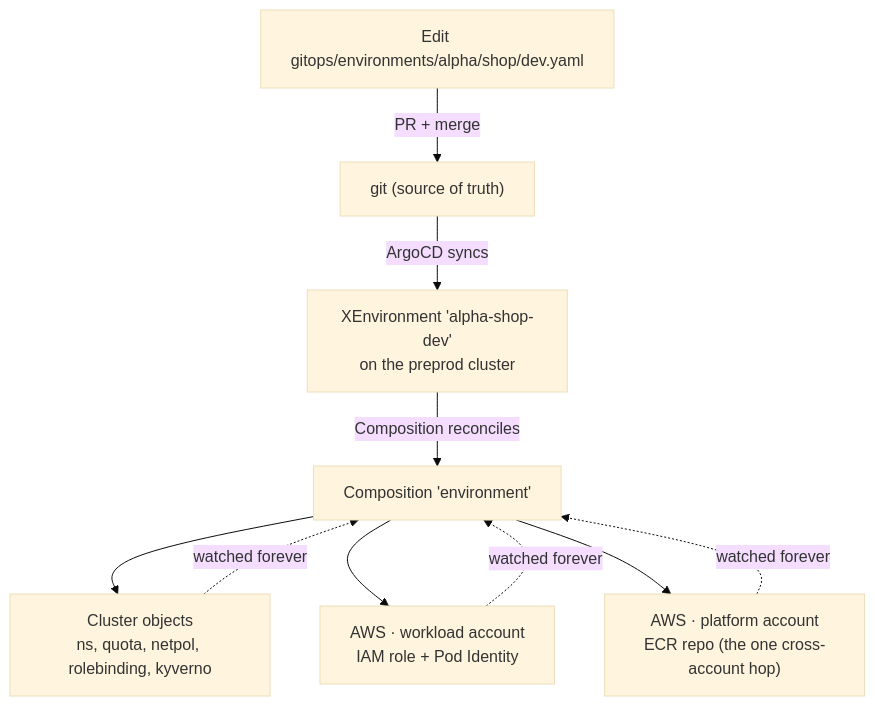
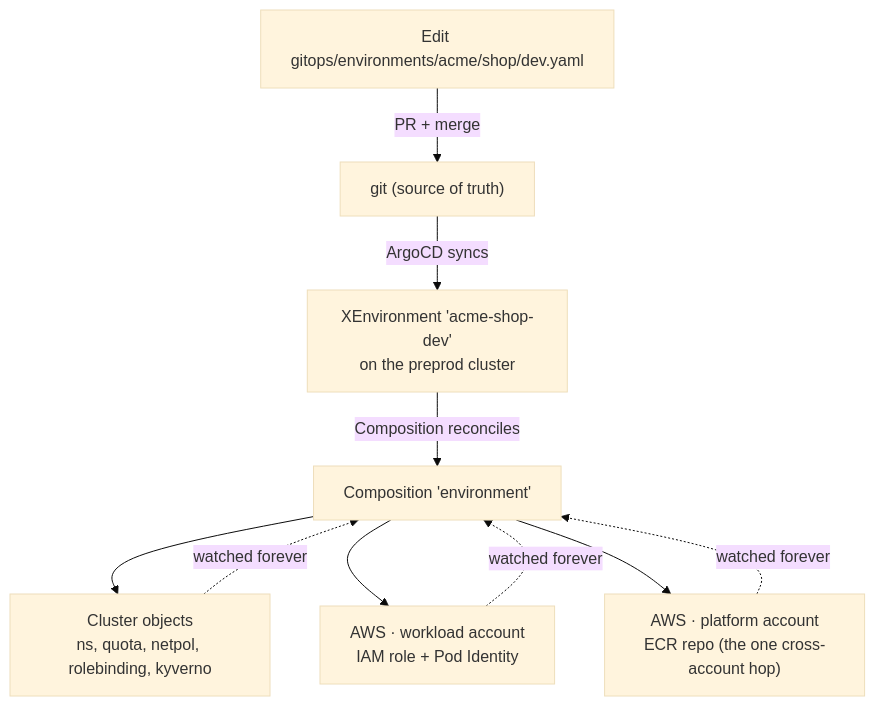
The second of 2 diagrams in docs/learn/environment-api/orientation.md (asanexample/platform), drawn with Mermaid (base theme) before and after one commit. The commit also changed other lines of this file and 101 other files, not shown here.

First line of the commit message:
docs(learn): coherence + human-voice rewrite + Claude-designed diagrams

````diff
--- a/docs/learn/environment-api/orientation.md
+++ b/docs/learn/environment-api/orientation.md
@@ -244,12 +237,12 @@
 ```mermaid
 flowchart TD
-    A["Edit gitops/environments/alpha/shop/dev.yaml"] -->|"PR + merge"| B["git (source of truth)"]
-    B -->|"ArgoCD syncs"| C["XEnvironment 'alpha-shop-dev'<br/>on the preprod cluster"]
+    A["Edit gitops/environments/acme/shop/dev.yaml"] -->|"PR + merge"| B["git (source of truth)"]
+    B -->|"ArgoCD syncs"| C["XEnvironment 'acme-shop-dev'<br/>on the preprod cluster"]
     C -->|"Composition reconciles"| D["Composition 'environment'"]
     D --> E["Cluster objects<br/>ns, quota, netpol, rolebinding, kyverno"]
     D --> F["AWS · workload account<br/>IAM role + Pod Identity"]
     D --> G["AWS · platform account<br/>ECR repo (the one cross-account hop)"]
     E -.->|"watched forever"| D
     F -.->|"watched forever"| D
     G -.->|"watched forever"| D
 ```
````
